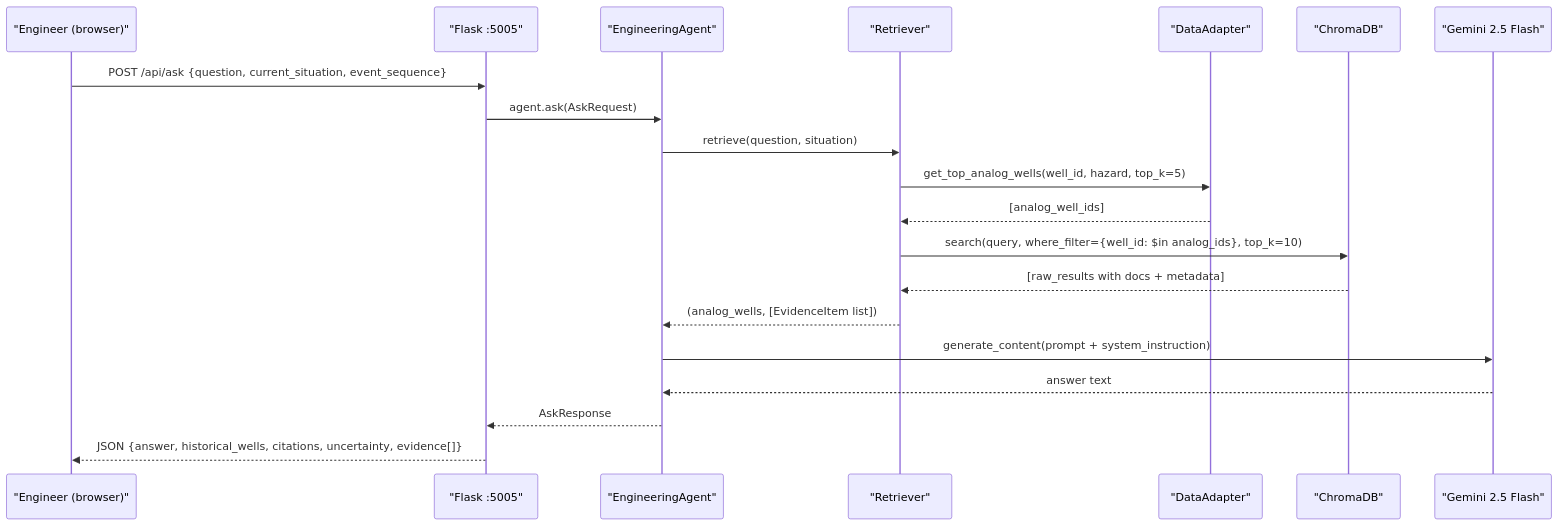
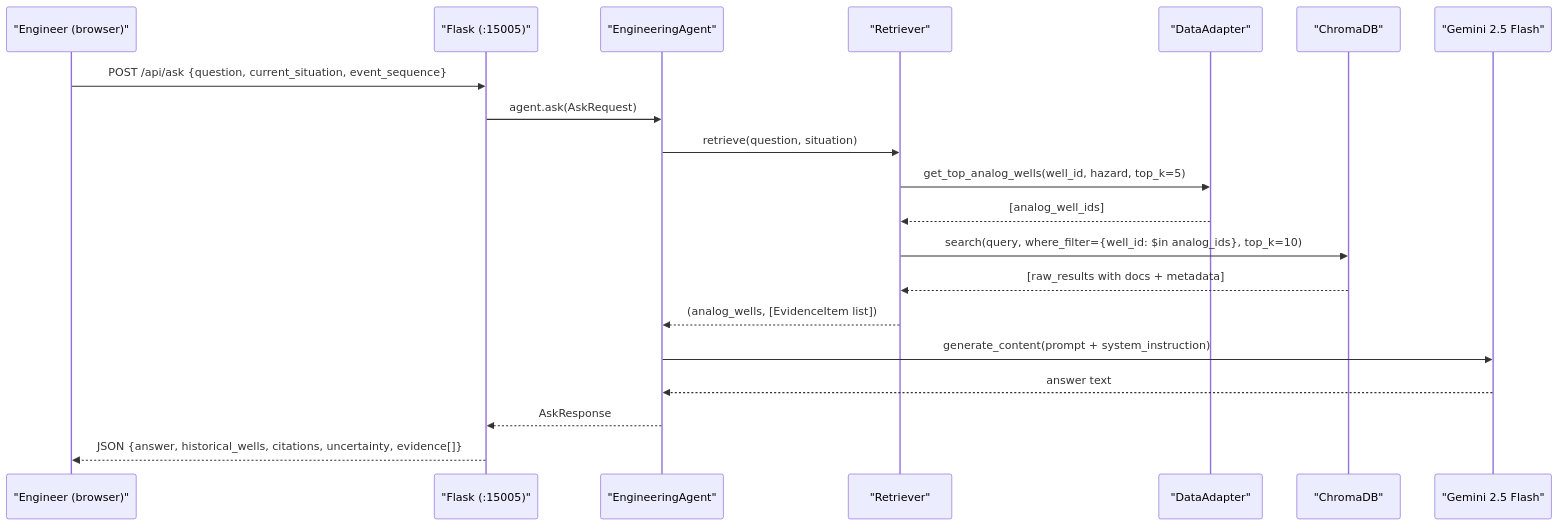
One commit to n3ssdub3y/SIH_2026_PLANNS changed diagram 12 of 14 in ARCHITECTURE.md. Above: the diagram before and after it, drawn with Mermaid. The commit also changed other lines of this file and 35 other files, not shown here.

````diff
--- a/ARCHITECTURE.md
+++ b/ARCHITECTURE.md
@@ -777,23 +778,23 @@
 ```mermaid
 sequenceDiagram
     participant ENG as "Engineer (browser)"
-    participant APP as "Flask :5005"
+    participant APP as "Flask (:15005)"
     participant AGT as "EngineeringAgent"
     participant RET as "Retriever"
     participant DA as "DataAdapter"
     participant VS as "ChromaDB"
     participant GEM as "Gemini 2.5 Flash"
 
     ENG->>APP: POST /api/ask {question, current_situation, event_sequence}
     APP->>AGT: agent.ask(AskRequest)
     AGT->>RET: retrieve(question, situation)
     RET->>DA: get_top_analog_wells(well_id, hazard, top_k=5)
     DA-->>RET: [analog_well_ids]
     RET->>VS: search(query, where_filter={well_id: $in analog_ids}, top_k=10)
     VS-->>RET: [raw_results with docs + metadata]
     RET-->>AGT: (analog_wells, [EvidenceItem list])
     AGT->>GEM: generate_content(prompt + system_instruction)
     GEM-->>AGT: answer text
     AGT-->>APP: AskResponse
     APP-->>ENG: JSON {answer, historical_wells, citations, uncertainty, evidence[]}
 ```
````
